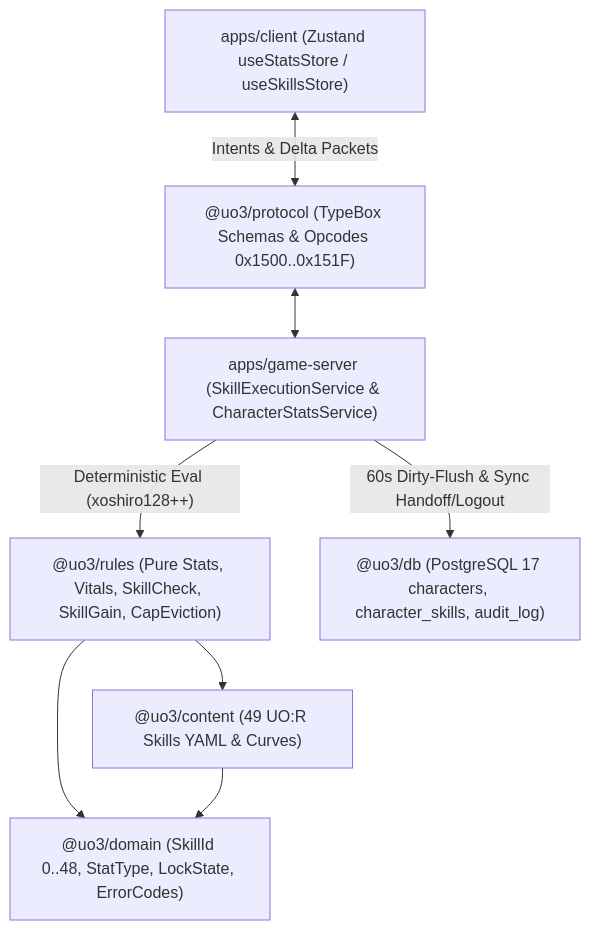
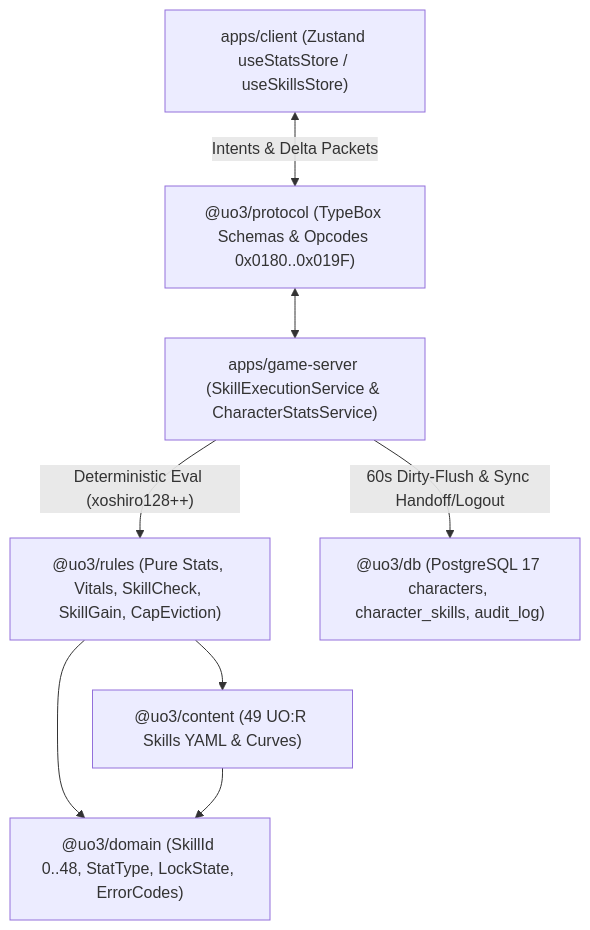
One commit to SergioAndreev/uo3 changed the first of 2 diagrams in openspec/changes/p15-stats-and-skills/design.md. Above: the diagram before and after it, drawn with Mermaid. The commit also changed other lines of this file and 188 other files, not shown here.

````diff
--- a/openspec/changes/p15-stats-and-skills/design.md
+++ b/openspec/changes/p15-stats-and-skills/design.md
@@ -125,18 +125,18 @@
 ```mermaid
 flowchart TD
     Client["apps/client (Zustand useStatsStore / useSkillsStore)"]
-    Proto["@uo3/protocol (TypeBox Schemas & Opcodes 0x1500..0x151F)"]
+    Proto["@uo3/protocol (TypeBox Schemas & Opcodes 0x0180..0x019F)"]
     GS["apps/game-server (SkillExecutionService & CharacterStatsService)"]
     Rules["@uo3/rules (Pure Stats, Vitals, SkillCheck, SkillGain, CapEviction)"]
     Content["@uo3/content (49 UO:R Skills YAML & Curves)"]
     Domain["@uo3/domain (SkillId 0..48, StatType, LockState, ErrorCodes)"]
     DB["@uo3/db (PostgreSQL 17 characters, character_skills, audit_log)"]
 
     Client <-->|"Intents & Delta Packets"| Proto
     Proto <--> GS
     GS -->|"Deterministic Eval (xoshiro128++)"| Rules
     Rules --> Content
     Rules --> Domain
     Content --> Domain
     GS -->|"60s Dirty-Flush & Sync Handoff/Logout"| DB
 ```
````
